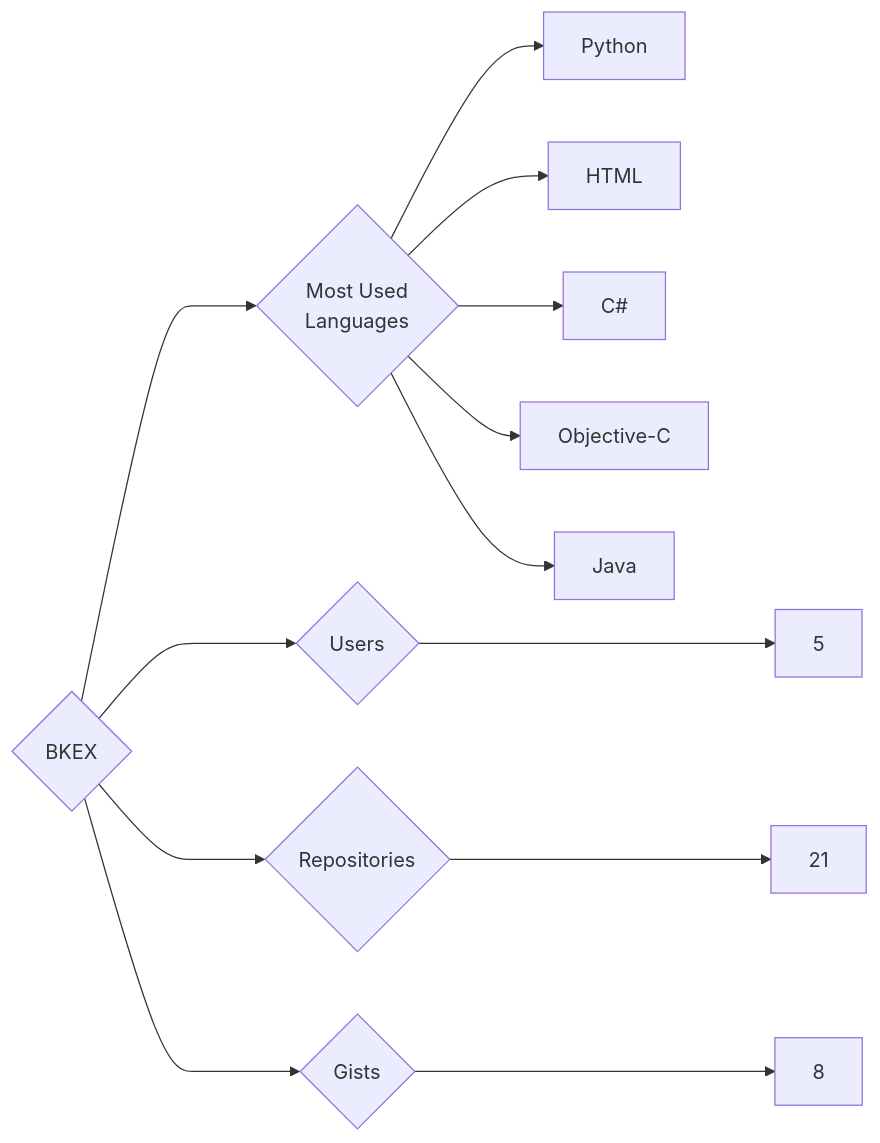
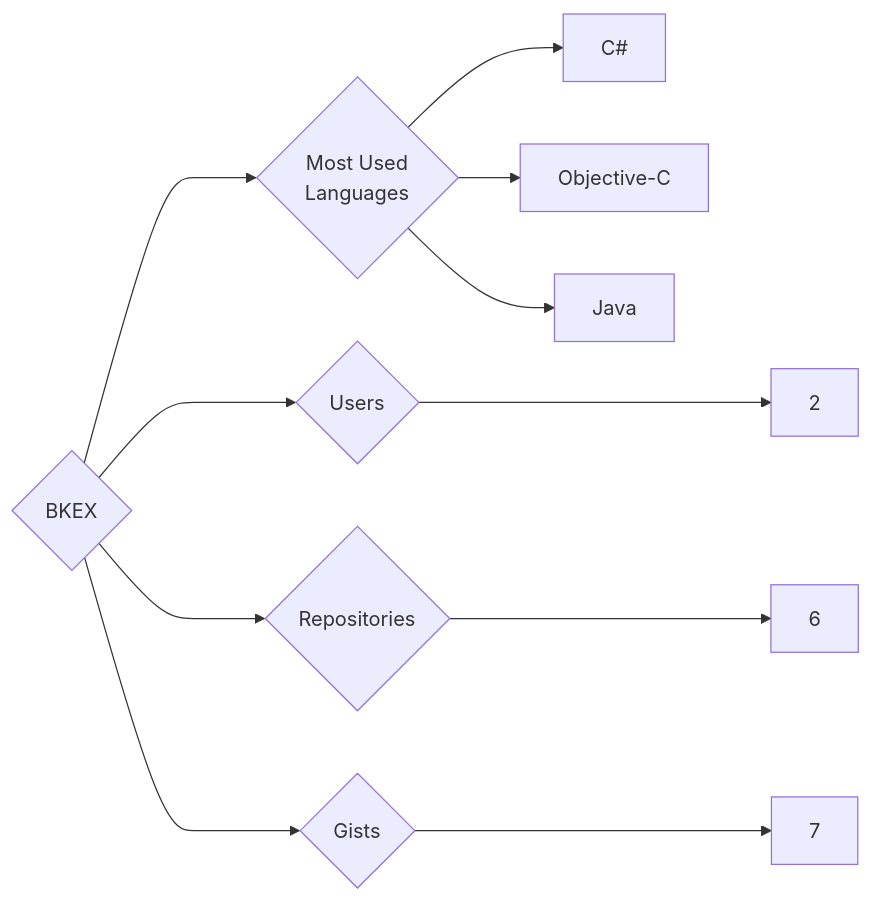
The diagram in targets/BKEX/README.md (trickest/insiders), drawn with Mermaid before and after one commit. The commit also changed 912 other files, not shown here.

````diff
--- a/targets/BKEX/README.md
+++ b/targets/BKEX/README.md
@@ -3,13 +3,11 @@
 ```mermaid
 graph LR
 COMPANY_NAME{BKEX}
-COMPANY_NAME ---> U{Users} ---> UN[5]
-COMPANY_NAME ---> R{Repositories} ---> RN[21]
-COMPANY_NAME ---> G{Gists} ---> GN[8]
+COMPANY_NAME ---> U{Users} ---> UN[2]
+COMPANY_NAME ---> R{Repositories} ---> RN[6]
+COMPANY_NAME ---> G{Gists} ---> GN[7]
 COMPANY_NAME ---> ML{Most Used<br>Languages}
-ML --> Python[Python]
-ML --> HTML[HTML]
 ML --> C#[C#]
 ML --> Objective-C[Objective-C]
 ML --> Java[Java]
 ```
````
